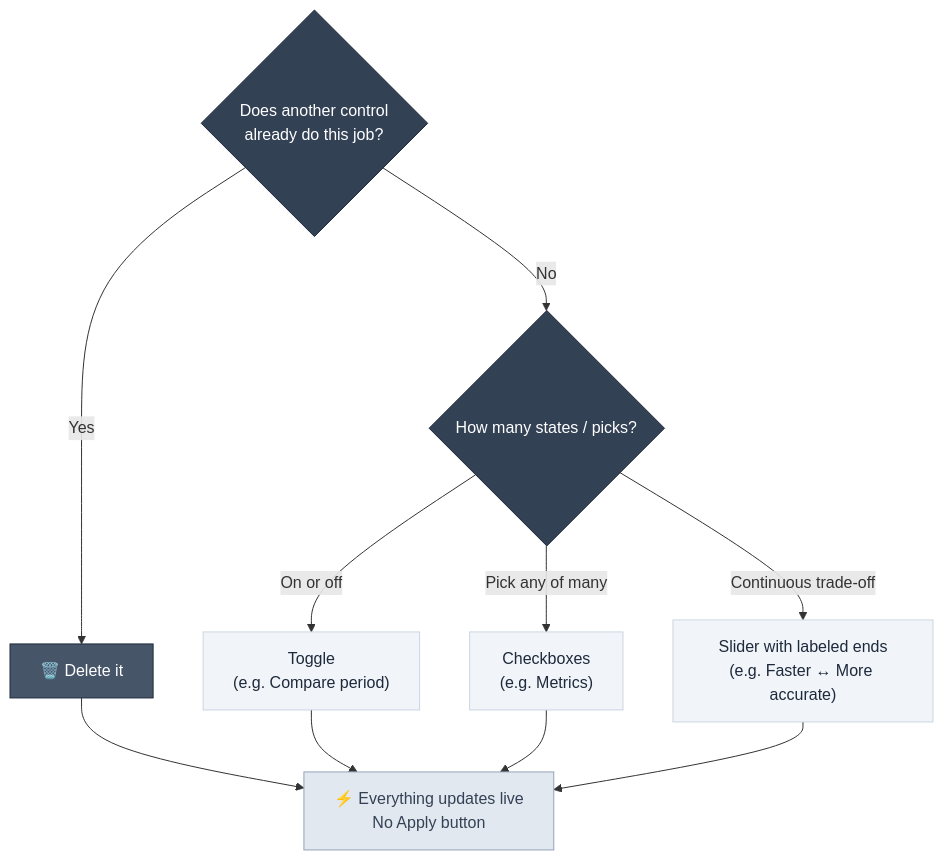
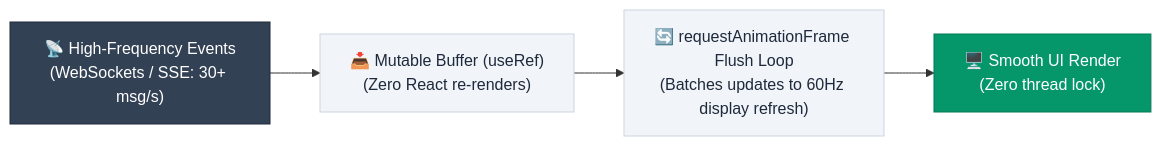
The sixth of 7 diagrams in wiki/05-design/dashboard-design-playbook.md (DimKouts84/product_management_development_wiki), drawn with Mermaid before and after one commit. The commit also changed other lines of this file and 2 other files, not shown here.

````diff
--- a/wiki/05-design/dashboard-design-playbook.md
+++ b/wiki/05-design/dashboard-design-playbook.md
@@ -202,20 +247,11 @@
 ```mermaid
-graph TD
-    Q1{"Does another control\nalready do this job?"} -->|Yes| CUT["🗑️ Delete it"]
-    Q1 -->|No| Q2{"How many states / picks?"}
-    Q2 -->|"On or off"| TOG["Toggle\n(e.g. Compare period)"]
-    Q2 -->|"Pick any of many"| CHK["Checkboxes\n(e.g. Metrics)"]
-    Q2 -->|"Continuous trade-off"| SLD["Slider with labeled ends\n(e.g. Faster ↔ More accurate)"]
-    CUT --> LIVE["⚡ Everything updates live\nNo Apply button"]
-    TOG --> LIVE
-    CHK --> LIVE
-    SLD --> LIVE
+graph LR
+    Stream["📡 High-Frequency Events\n(WebSockets / SSE: 30+ msg/s)"] --> Ref["📥 Mutable Buffer (useRef)\n(Zero React re-renders)"]
+    Ref --> Loop["🔄 requestAnimationFrame Flush Loop\n(Batches updates to 60Hz display refresh)"]
+    Loop --> UI["🖥️ Smooth UI Render\n(Zero thread lock)"]
 
-    style Q1 fill:#334155,stroke:#1e293b,color:#fff
-    style Q2 fill:#334155,stroke:#1e293b,color:#fff
-    style CUT fill:#475569,stroke:#1e293b,color:#fff
-    style TOG fill:#f1f5f9,stroke:#cbd5e1,color:#1e293b
-    style CHK fill:#f1f5f9,stroke:#cbd5e1,color:#1e293b
-    style SLD fill:#f1f5f9,stroke:#cbd5e1,color:#1e293b
-    style LIVE fill:#e2e8f0,stroke:#94a3b8,color:#334155
+    style Stream fill:#334155,stroke:#1e293b,color:#fff
+    style Ref fill:#f1f5f9,stroke:#cbd5e1,color:#1e293b
+    style Loop fill:#f1f5f9,stroke:#cbd5e1,color:#1e293b
+    style UI fill:#059669,stroke:#047857,color:#fff
 ```
````
